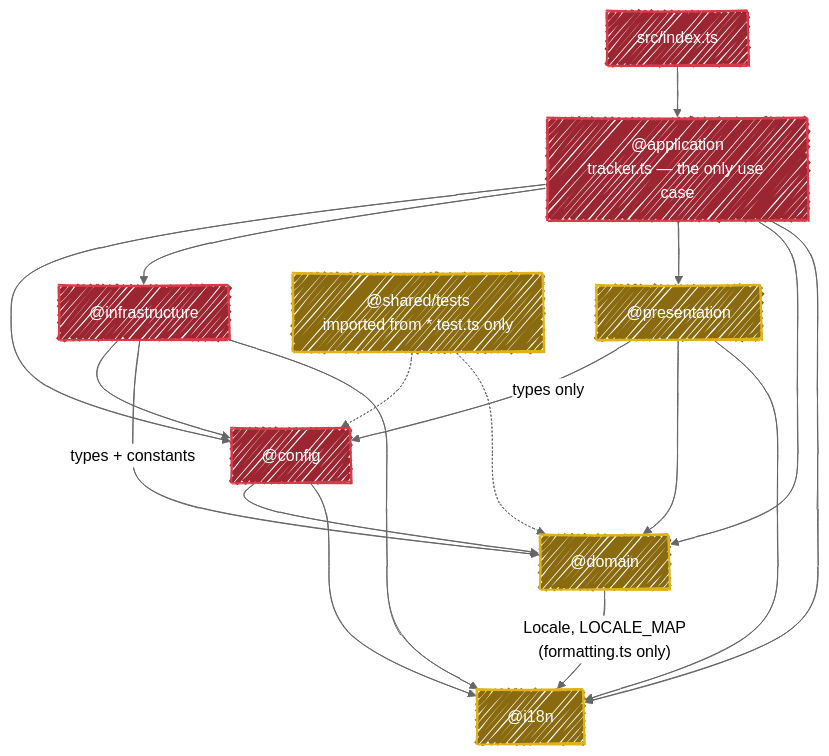
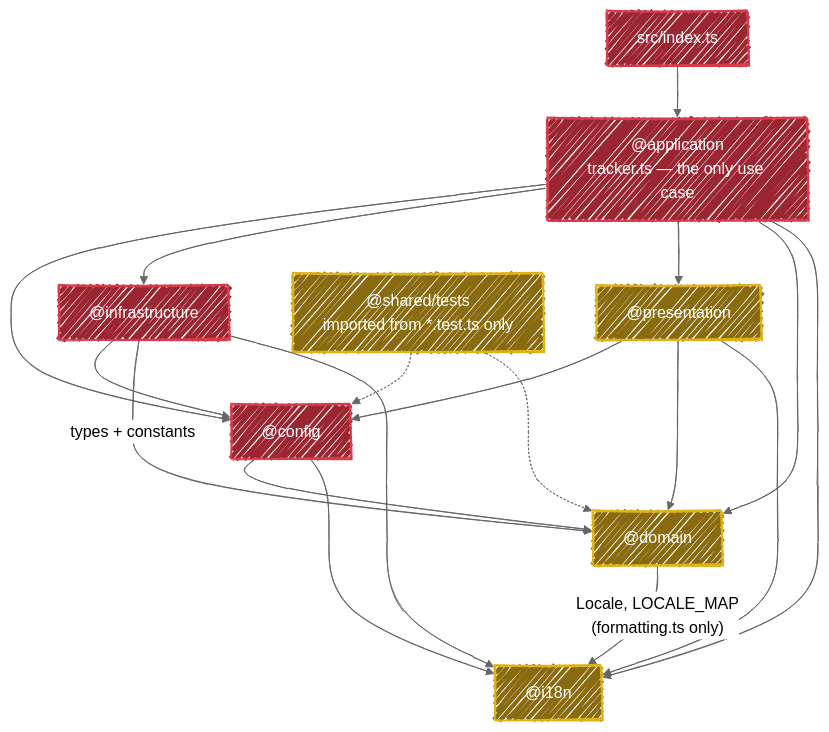
The diagram in ARCHITECTURE.md (fbuireu/github-star-tracker), drawn with Mermaid before and after one commit. The commit also changed other lines of this file and 41 other files, not shown here.

First line of the commit message:
Refactor/chart request (#171)

````diff
--- a/ARCHITECTURE.md
+++ b/ARCHITECTURE.md
@@ -15,33 +15,33 @@
 ```mermaid
 ---
 config:
   look: handDrawn
   theme: neutral
 ---
 flowchart TD
     idx["src/index.ts"] --> app["@application<br/>tracker.ts — the only use case"]
 
     app --> cfg["@config"]
     app --> infra["@infrastructure"]
     app --> pres["@presentation"]
     app --> dom["@domain"]
     app --> i18n["@i18n"]
 
     cfg --> dom
     cfg --> i18n
-    pres -->|types only| cfg
+    pres --> cfg
     pres --> dom
     pres --> i18n
     infra --> cfg
     infra -->|types + constants| dom
     infra --> i18n
     dom -->|"Locale, LOCALE_MAP<br/>(formatting.ts only)"| i18n
 
     test["@shared/tests<br/>imported from *.test.ts only"] -.-> cfg
     test -.-> dom
 
     classDef pure fill:#8a6a0f,stroke:#dfb317,stroke-width:2px,color:#fff
     classDef shell fill:#9b2530,stroke:#d73a49,stroke-width:2px,color:#fff
     class dom,pres,i18n,test pure
     class idx,app,cfg,infra shell
 ```
````
